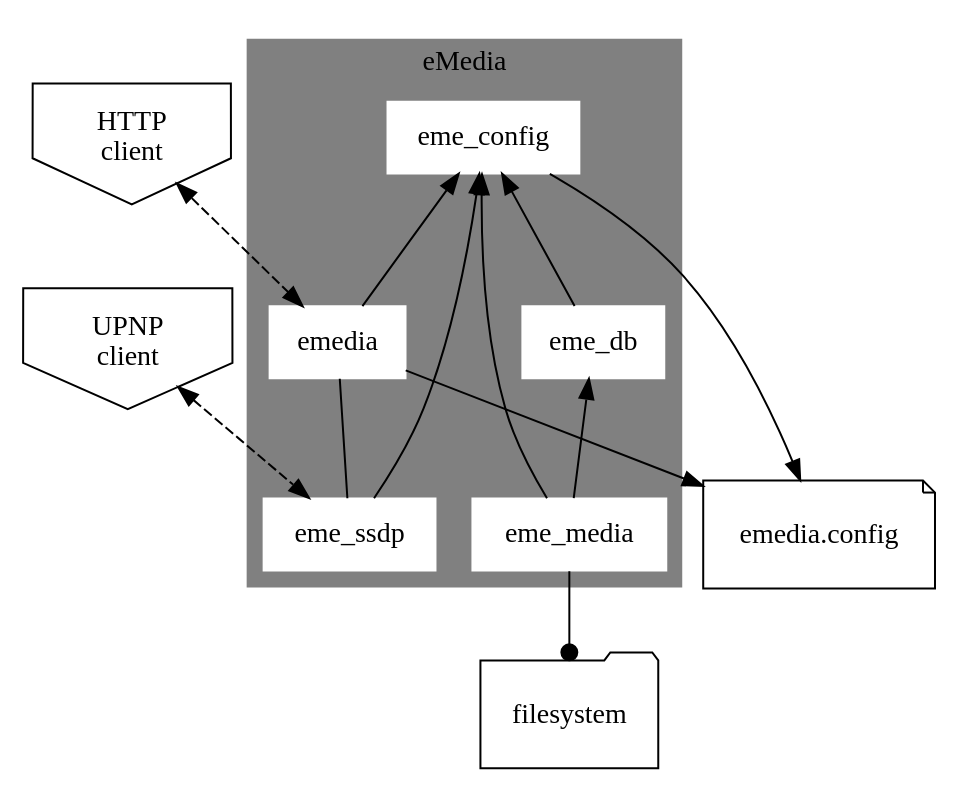
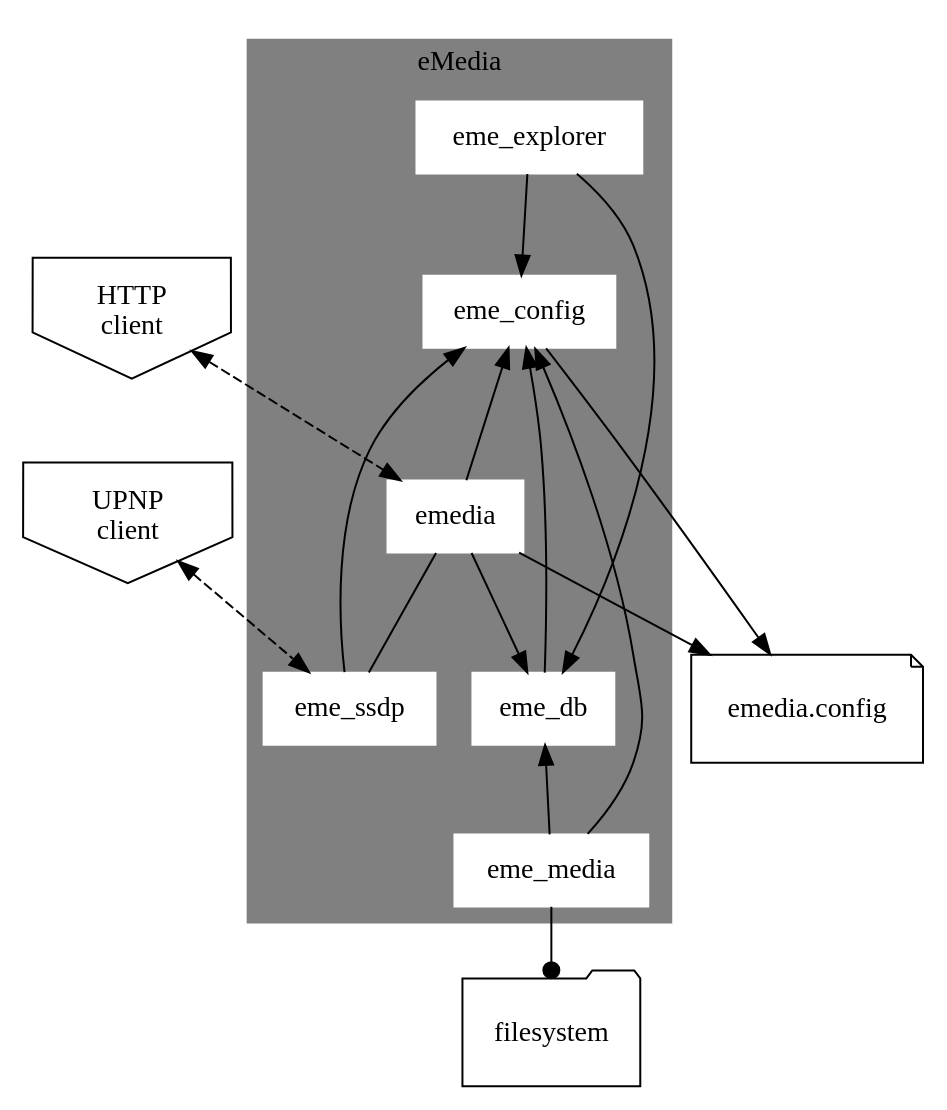
One commit to emedia-project/emedia changed the diagram in emedia.gv. Above: the diagram before and after it, drawn with Graphviz. The commit also changed 1 other file, not shown here.

Commit message:
Update architecture graph

```diff
--- a/emedia.gv
+++ b/emedia.gv
@@ -1,28 +1,31 @@
 digraph emedia {
   node[shape=box];
 
   emedia_config[label="\nemedia.config\n ",shape=note];
 
   subgraph cluster_2 {
     node[color=white,style=filled];
     eme_config -> eme_db[dir=back];
     eme_db -> eme_media[dir=back];
     eme_config -> eme_media[dir=back];
     emedia -> eme_ssdp[arrowhead=none];
+    emedia -> eme_db;
     eme_config -> emedia[dir=back];
     eme_config -> eme_ssdp[dir=back];
+    eme_explorer -> eme_db;
+    eme_explorer -> eme_config;
     label = "eMedia";
     color=grey;
     style=filled;
   }
 
     http[label="HTTP\nclient",shape=invhouse];
     ssdp[label="UPNP\nclient", shape=invhouse];
 
   filesystem[shape=folder,label="\nfilesystem\n "];
   eme_config -> emedia_config;
   emedia -> emedia_config;
   http -> emedia[dir=both, style=dashed];
   ssdp -> eme_ssdp[dir=both, style=dashed];
   eme_media -> filesystem[arrowhead=dot];
 }
```
